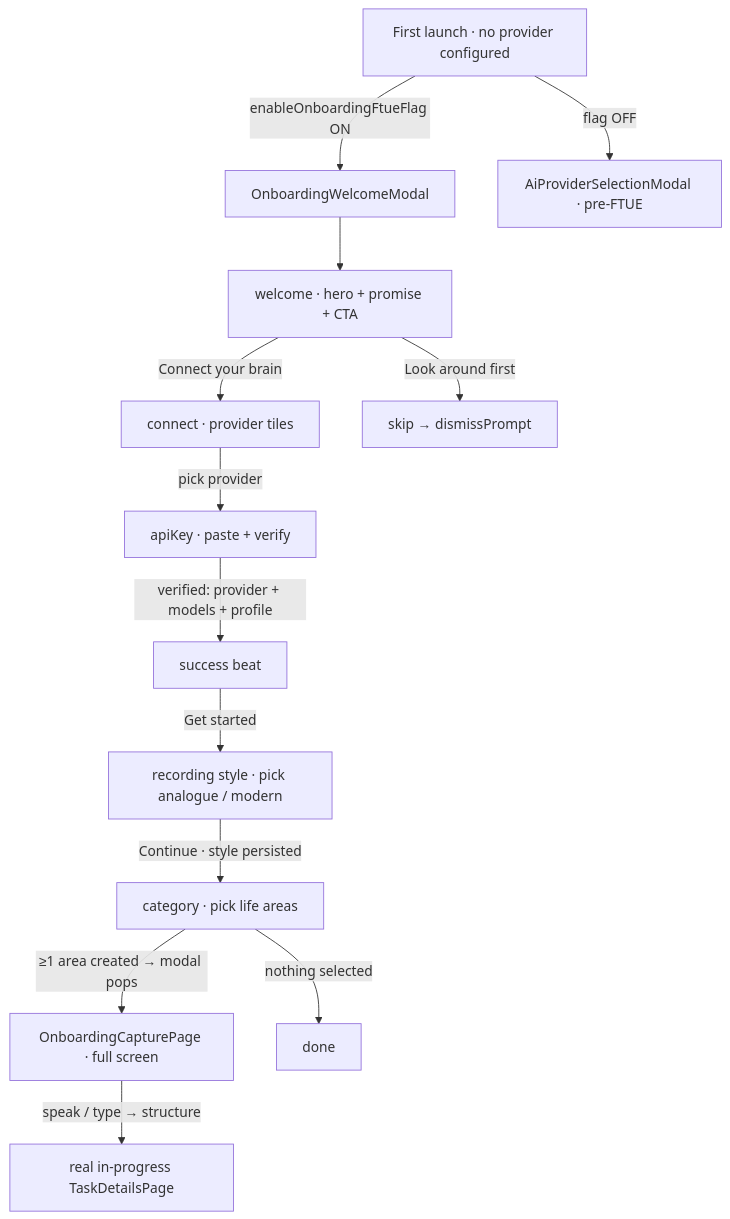
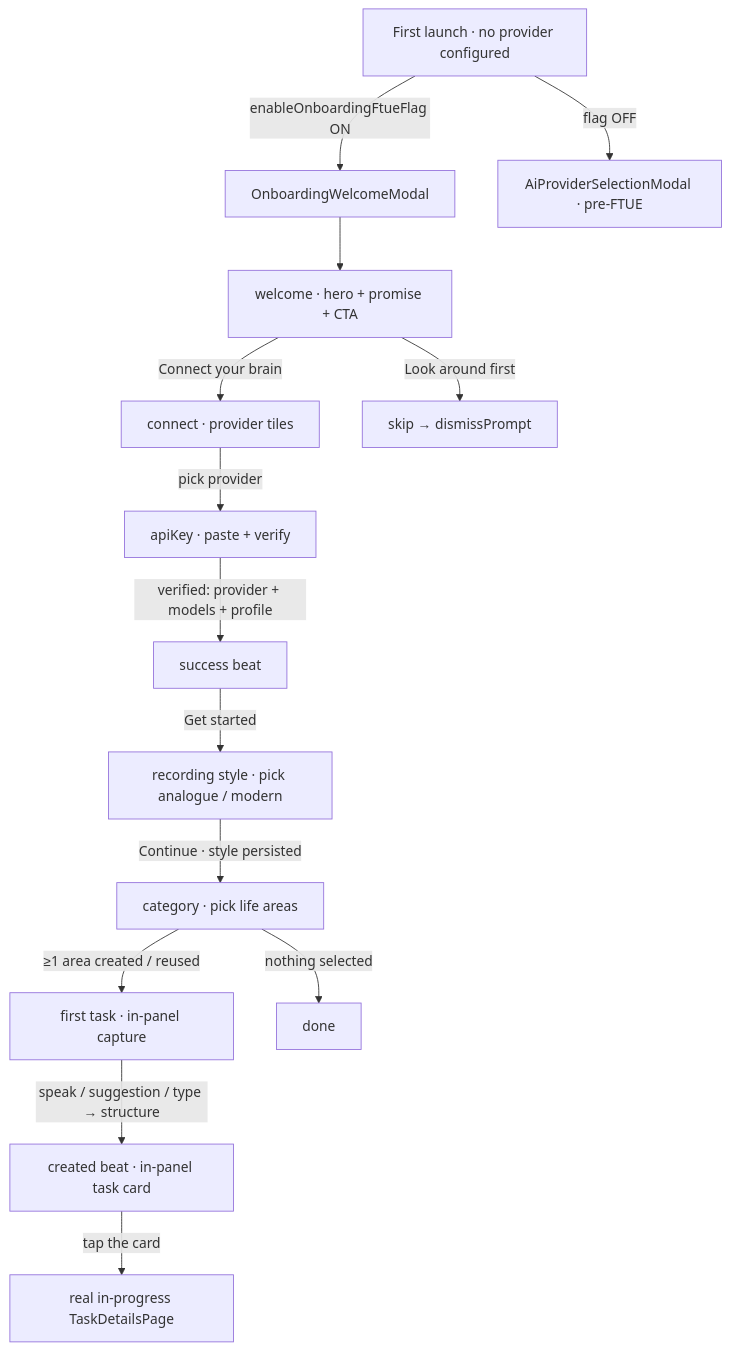
One commit to matthiasn/lotti changed the first of 4 diagrams in lib/features/onboarding/README.md. Above: the diagram before and after it, drawn with Mermaid. The commit also changed other lines of this file and 61 other files, not shown here.

Commit message:
feat(onboarding): keep the first-task finale inside the onboarding panel (#3407)

````diff
--- a/lib/features/onboarding/README.md
+++ b/lib/features/onboarding/README.md
@@ -18,15 +18,16 @@
 ```mermaid
 flowchart TD
     L[First launch · no provider configured] -->|enableOnboardingFtueFlag ON| W[OnboardingWelcomeModal]
     L -->|flag OFF| LEGACY[AiProviderSelectionModal · pre-FTUE]
     W --> WL[welcome · hero + promise + CTA]
     WL -->|Connect your brain| CN[connect · provider tiles]
     WL -->|Look around first| SK[skip → dismissPrompt]
     CN -->|pick provider| AK[apiKey · paste + verify]
     AK -->|verified: provider + models + profile| SU[success beat]
     SU -->|Get started| RS[recording style · pick analogue / modern]
     RS -->|Continue · style persisted| CAT[category · pick life areas]
-    CAT -->|≥1 area created → modal pops| CAP[OnboardingCapturePage · full screen]
+    CAT -->|≥1 area created / reused| FT[first task · in-panel capture]
     CAT -->|nothing selected| DONE[done]
-    CAP -->|speak / type → structure| TASK[real in-progress TaskDetailsPage]
+    FT -->|speak / suggestion / type → structure| CARD[created beat · in-panel task card]
+    CARD -->|tap the card| TASK[real in-progress TaskDetailsPage]
 ```
````
